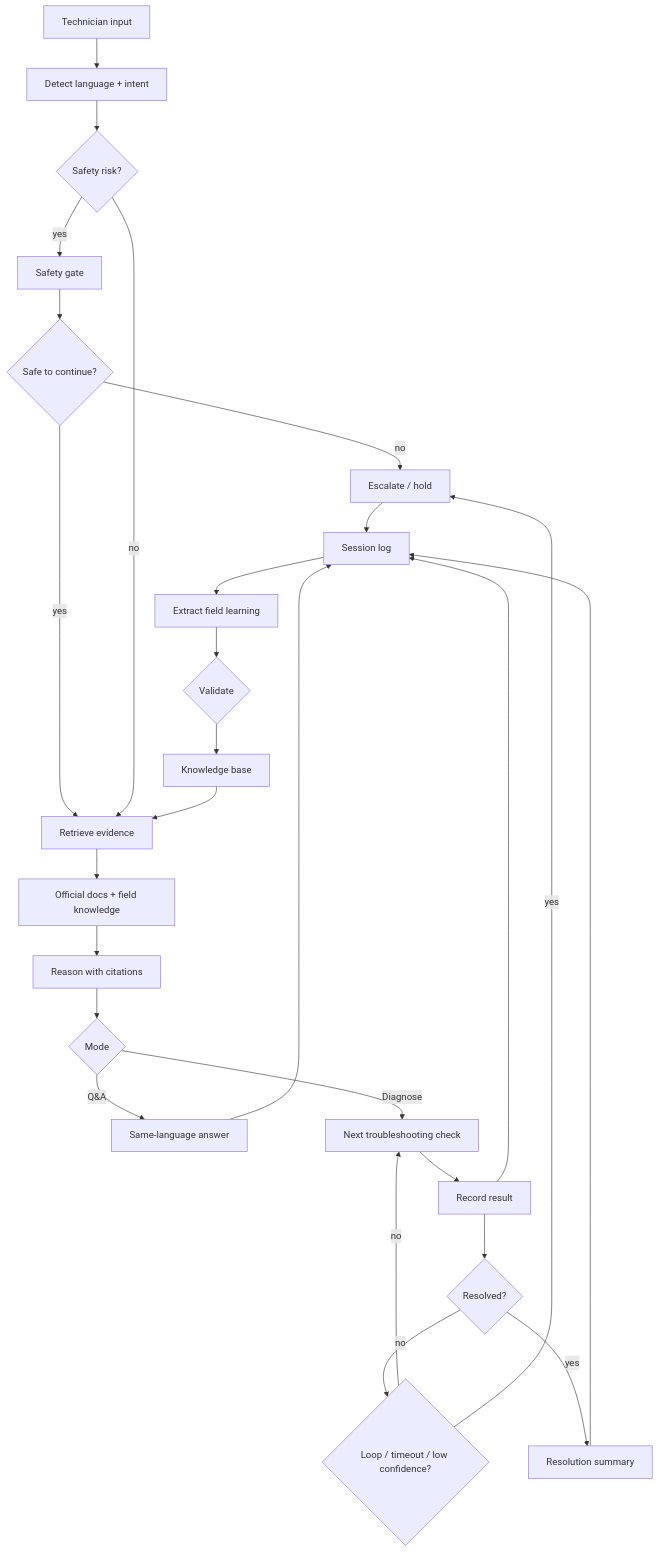
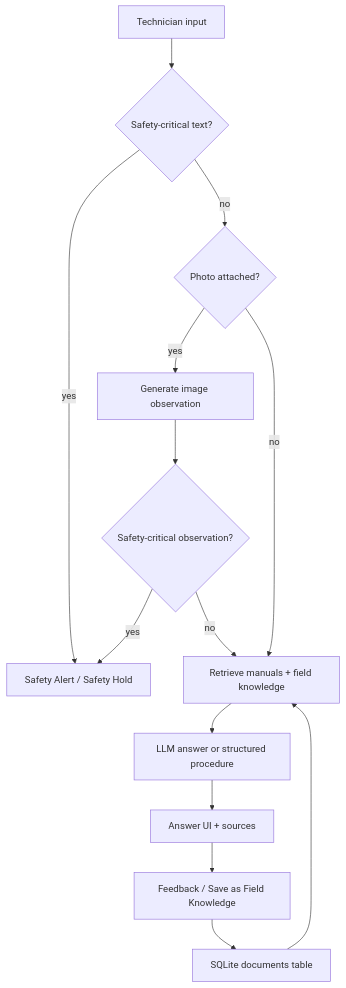
The diagram in README.md (33Ye33/Technician-AI), drawn with Mermaid before and after one commit. The commit also changed other lines of this file and 2 other files, not shown here.

````diff
--- a/README.md
+++ b/README.md
@@ -260,33 +286,16 @@
 ```mermaid
 flowchart TD
-    A[Technician input] --> B[Detect language + intent]
-    B --> C{Safety risk?}
-    C -- yes --> D[Safety gate]
-    D --> E{Safe to continue?}
-    E -- no --> X[Escalate / hold]
-    E -- yes --> F[Retrieve evidence]
-    C -- no --> F
-
-    F --> G[Official docs + field knowledge]
-    G --> H[Reason with citations]
-    H --> I{Mode}
-
-    I -- Q&A --> J[Same-language answer]
-    I -- Diagnose --> K[Next troubleshooting check]
-    K --> L[Record result]
-    L --> M{Resolved?}
-    M -- no --> N{Loop / timeout / low confidence?}
-    N -- no --> K
-    N -- yes --> X
-    M -- yes --> O[Resolution summary]
-
-    J --> P[Session log]
-    L --> P
-    O --> P
-    X --> P
-
-    P --> Q[Extract field learning]
-    Q --> R{Validate}
-    R --> S[Knowledge base]
-    S --> F
+    A["Technician input"] --> B{"Safety-critical text?"}
+    B -- yes --> S["Safety Alert / Safety Hold"]
+    B -- no --> C{"Photo attached?"}
+    C -- yes --> D["Generate image observation"]
+    D --> E{"Safety-critical observation?"}
+    E -- yes --> S
+    E -- no --> R["Retrieve manuals + field knowledge"]
+    C -- no --> R
+    R --> L["LLM answer or structured procedure"]
+    L --> U["Answer UI + sources"]
+    U --> F["Feedback / Save as Field Knowledge"]
+    F --> K["SQLite documents table"]
+    K --> R
 ```
````
